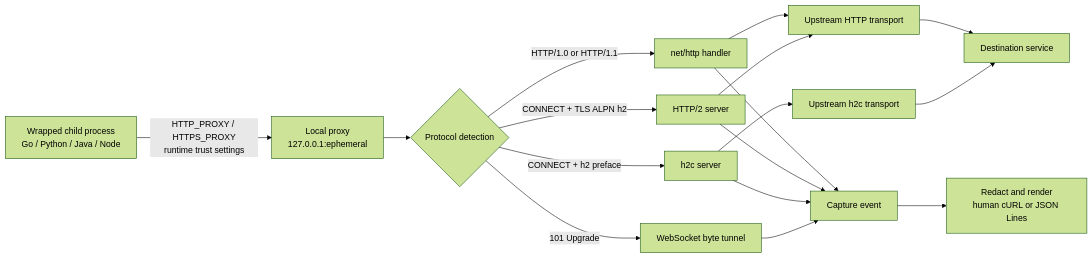
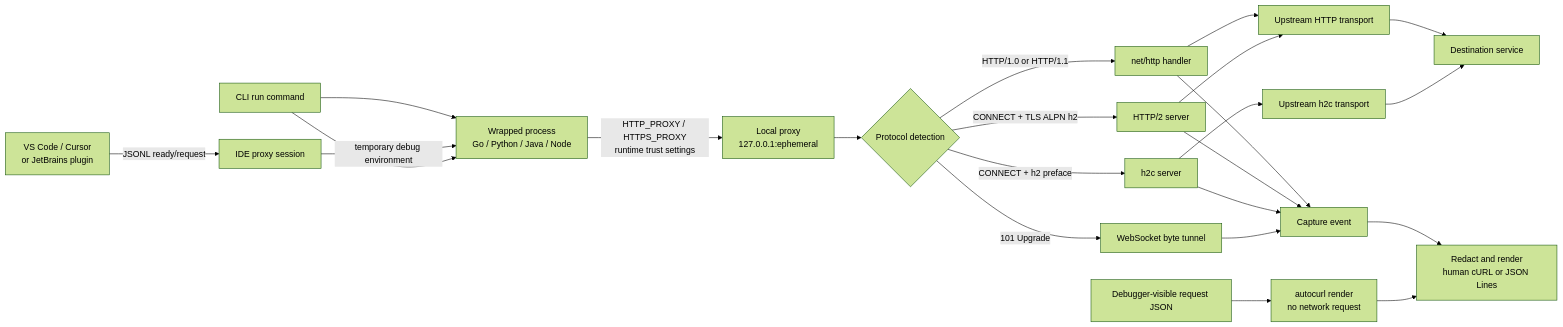
The diagram in docs/architecture.md (Lingbo-Huang/autocurl), drawn with Mermaid (forest theme) before and after one commit. The commit also changed other lines of this file and 48 other files, not shown here.

````diff
--- a/docs/architecture.md
+++ b/docs/architecture.md
@@ -7,19 +7,25 @@
 ```mermaid
 flowchart LR
-    A["Wrapped child process<br/>Go / Python / Java / Node"] -->|"HTTP_PROXY / HTTPS_PROXY<br/>runtime trust settings"| B["Local proxy<br/>127.0.0.1:ephemeral"]
+    O["CLI run command"] --> A
+    P["VS Code / Cursor<br/>or JetBrains plugin"] -->|"JSONL ready/request"| Q["IDE proxy session"]
+    Q -->|"temporary debug environment"| A["Wrapped process<br/>Go / Python / Java / Node"]
+    O --> A
+    A -->|"HTTP_PROXY / HTTPS_PROXY<br/>runtime trust settings"| B["Local proxy<br/>127.0.0.1:ephemeral"]
     B --> C{"Protocol detection"}
     C -->|"HTTP/1.0 or HTTP/1.1"| D["net/http handler"]
     C -->|"CONNECT + TLS ALPN h2"| E["HTTP/2 server"]
     C -->|"CONNECT + h2 preface"| F["h2c server"]
     C -->|"101 Upgrade"| G["WebSocket byte tunnel"]
     D --> H["Upstream HTTP transport"]
     E --> H
     F --> I["Upstream h2c transport"]
     H --> J["Destination service"]
     I --> J
     D --> K["Capture event"]
     E --> K
     F --> K
     G --> K
     K --> L["Redact and render<br/>human cURL or JSON Lines"]
+    M["Debugger-visible request JSON"] --> N["autocurl render<br/>no network request"]
+    N --> L
 ```
````
